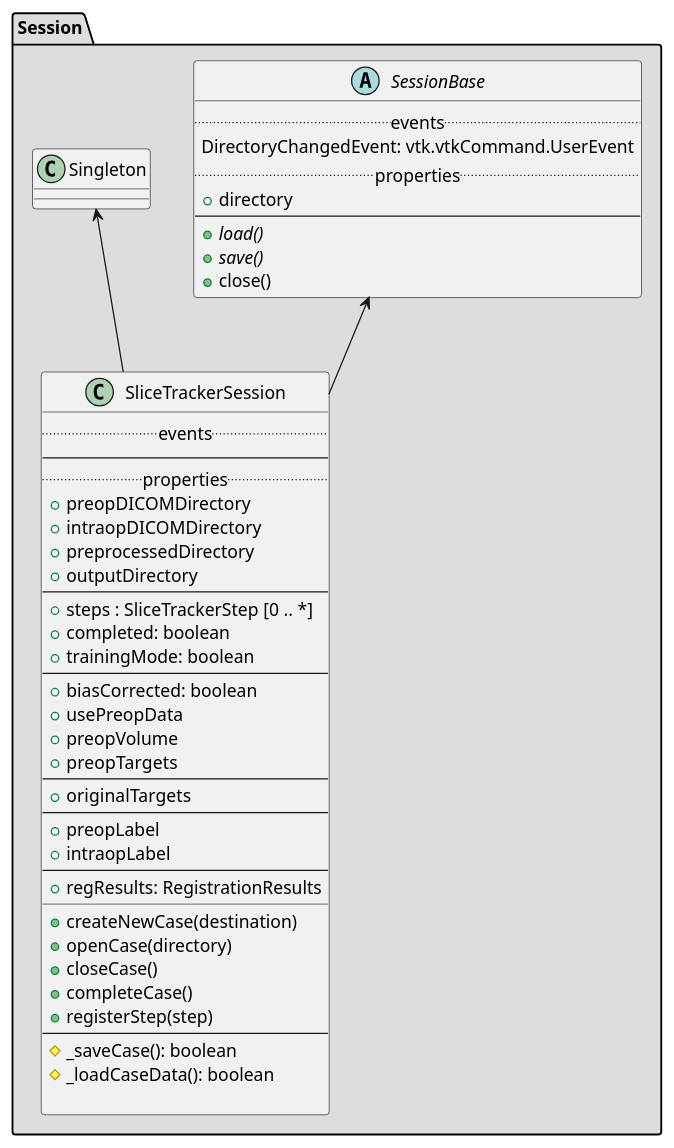
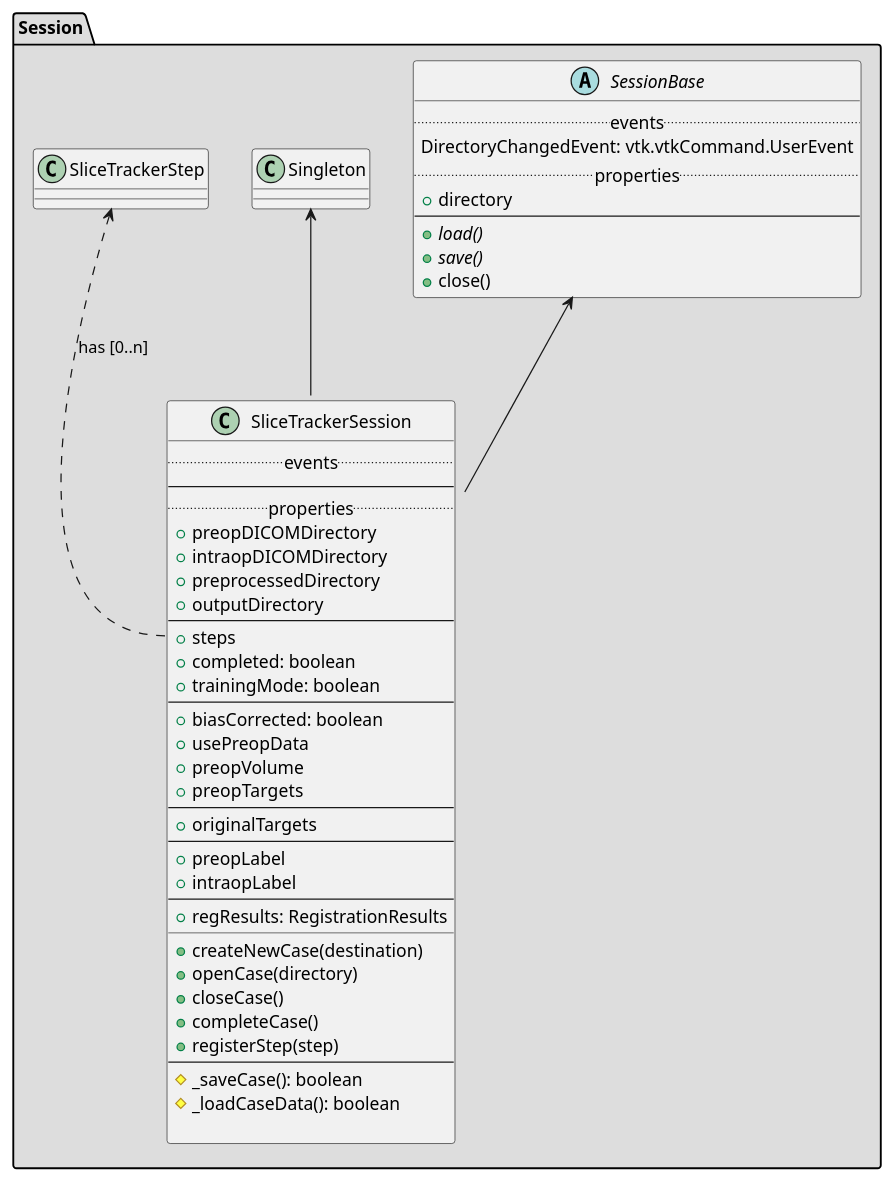
Before and after one commit to SlicerProstate/SliceTracker: the diagram in puml/SliceTrackerSession.puml, drawn with PlantUML. The commit also changed 7 other files, not shown here.

```diff
--- a/puml/SliceTrackerSession.puml
+++ b/puml/SliceTrackerSession.puml
@@ -1,62 +1,60 @@
 @startuml
 
 package "Session" #DDDDDD {
 
   abstract class SessionBase {
     .. events ..
     DirectoryChangedEvent: vtk.vtkCommand.UserEvent
     .. properties ..
     + directory
     --
     + {abstract} load()
     + {abstract} save()
     + close()
   }
 
 
   Singleton <-- SliceTrackerSession
   SessionBase <-- SliceTrackerSession
 
   class SliceTrackerSession {
     .. events ..
     --
     .. properties ..
     + preopDICOMDirectory
     + intraopDICOMDirectory
     + preprocessedDirectory
     + outputDirectory
     --
-    + steps : SliceTrackerStep [0 .. *]
+    + steps
     + completed: boolean
     + trainingMode: boolean
     --
     + biasCorrected: boolean
     + usePreopData
     + preopVolume
     + preopTargets
     --
     + originalTargets
     --
     + preopLabel
     + intraopLabel
     --
     + regResults: RegistrationResults
     __
     + createNewCase(destination)
     + openCase(directory)
     + closeCase()
     + completeCase()
     + registerStep(step)
     --
     # _saveCase(): boolean
     # _loadCaseData(): boolean
 
   }
 
+    SliceTrackerStep <.. SliceTrackerSession::steps: has [0..n]
 
-  note right of SliceTrackerSession::setupSteps
-    All interfaces will be build here
-  end note
 }
 
 @enduml
```
